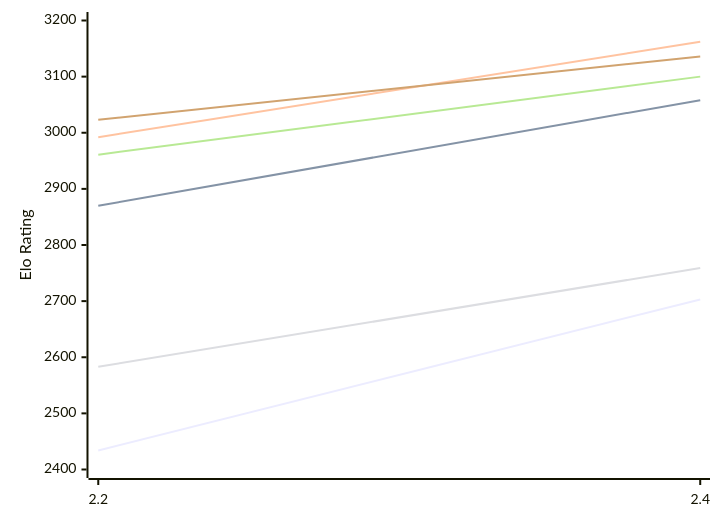
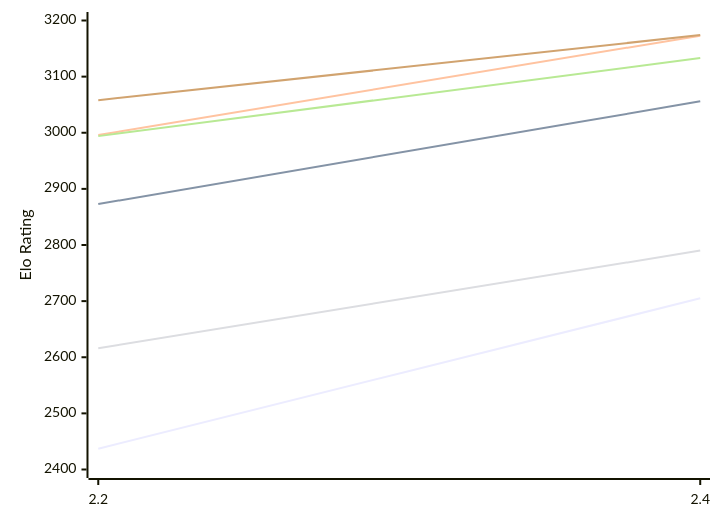
One commit to computer-chess-index/cci changed the first of 2 diagrams in engines/Sloth.md. Above: the diagram before and after it, drawn with Mermaid. The commit also changed other lines of this file, not shown here.

Commit message:
Update CCI Ratings (ELO VLTC) - 2026-11-01

````diff
--- a/engines/Sloth.md
+++ b/engines/Sloth.md
@@ -50,12 +50,12 @@
 ```mermaid
 %%{init: {"theme":"base","themeVariables":{"seriesColors:['#a3a3a3','#222221','#faa371']}}}%%
 xychart-beta
   x-axis ["2.2", "2.4"]
   y-axis "Elo Rating" 2400 --> 3200
-  line "E1: STC (8.0+0.08s)" [2434, 2703]
-  line "E1: LTC (60.0+0.60s)" [2870, 3058]
-  line "E1: VLTC (2m24s+1.12s)" [2992, 3162]
-  line "P1: STC (8.0+0.08s)" [2583, 2759]
-  line "P1: LTC (60.0+0.60s)" [2961, 3100]
-  line "P1: VLTC (2m24s+1.12s)" [3023, 3136]
+  line "E1: STC (8.0+0.08s)" [2437, 2705]
+  line "E1: LTC (60.0+0.60s)" [2873, 3056]
+  line "E1: VLTC (2m24s+1.12s)" [2996, 3173]
+  line "P1: STC (8.0+0.08s)" [2616, 2790]
+  line "P1: LTC (60.0+0.60s)" [2994, 3133]
+  line "P1: VLTC (2m24s+1.12s)" [3058, 3174]
 ```
````
